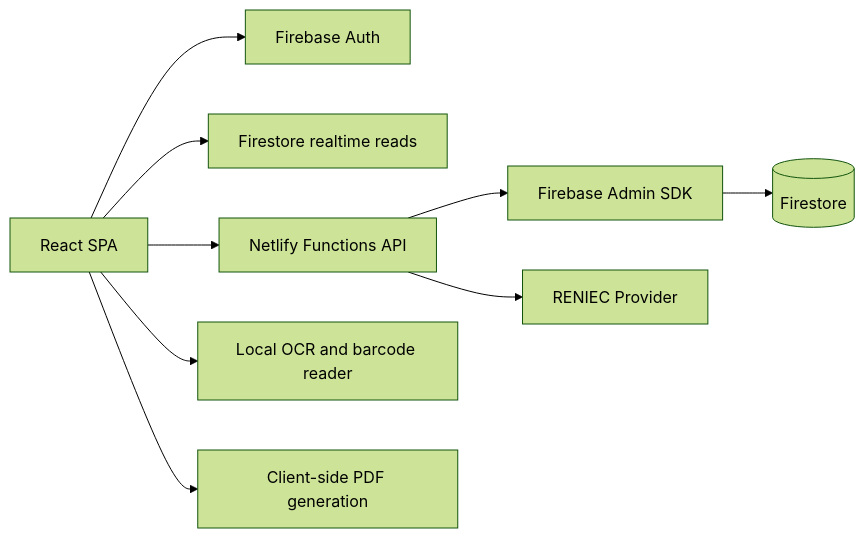
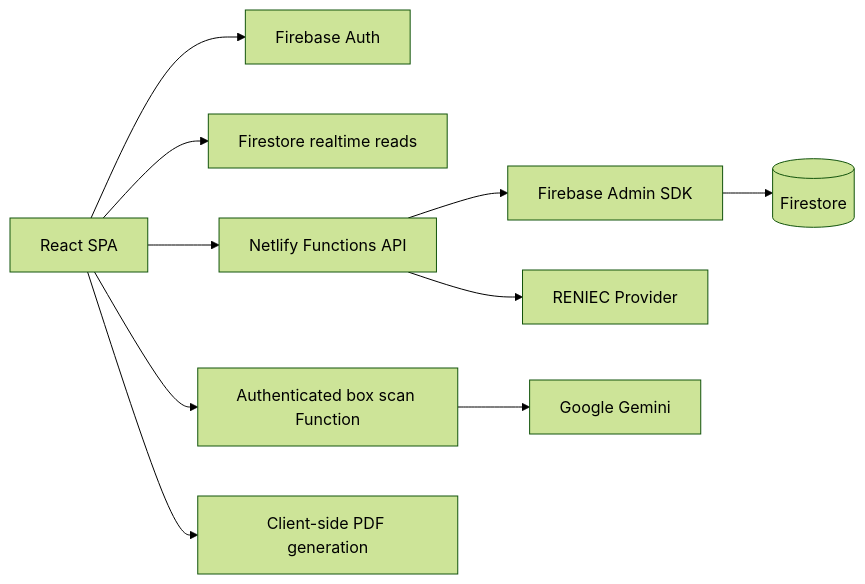
Before and after one commit to systemggs-pe/comunic-te-pos: the second of 2 diagrams in docs/enterprise/system-overview.md, drawn with Mermaid (forest theme). The commit also changed other lines of this file and 26 other files, not shown here.

Commit message:
Restaurar escaner Gemini y pausar aprendizaje local

````diff
--- a/docs/enterprise/system-overview.md
+++ b/docs/enterprise/system-overview.md
@@ -106,11 +106,12 @@
 ```mermaid
 flowchart LR
   Browser[React SPA] --> Auth[Firebase Auth]
   Browser --> FirestoreReads[Firestore realtime reads]
   Browser --> API[Netlify Functions API]
   API --> FirebaseAdmin[Firebase Admin SDK]
   FirebaseAdmin --> Firestore[(Firestore)]
   API --> Reniec[RENIEC Provider]
-  Browser --> LocalOCR[Local OCR and barcode reader]
+  Browser --> BoxFunction[Authenticated box scan Function]
+  BoxFunction --> Gemini[Google Gemini]
   Browser --> PDF[Client-side PDF generation]
 ```
````
